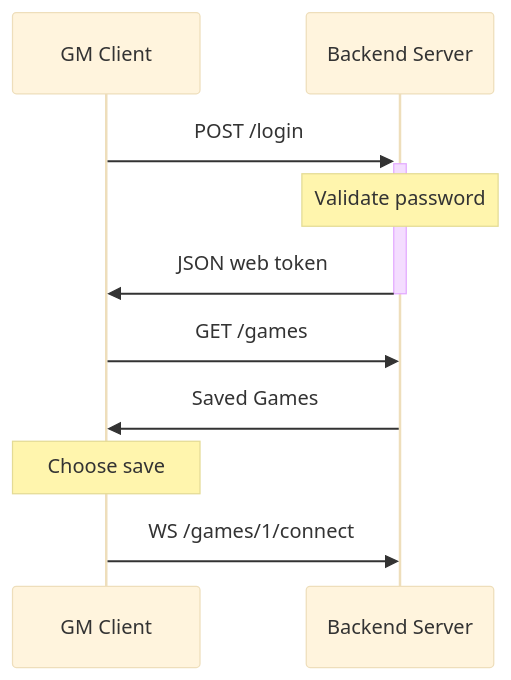
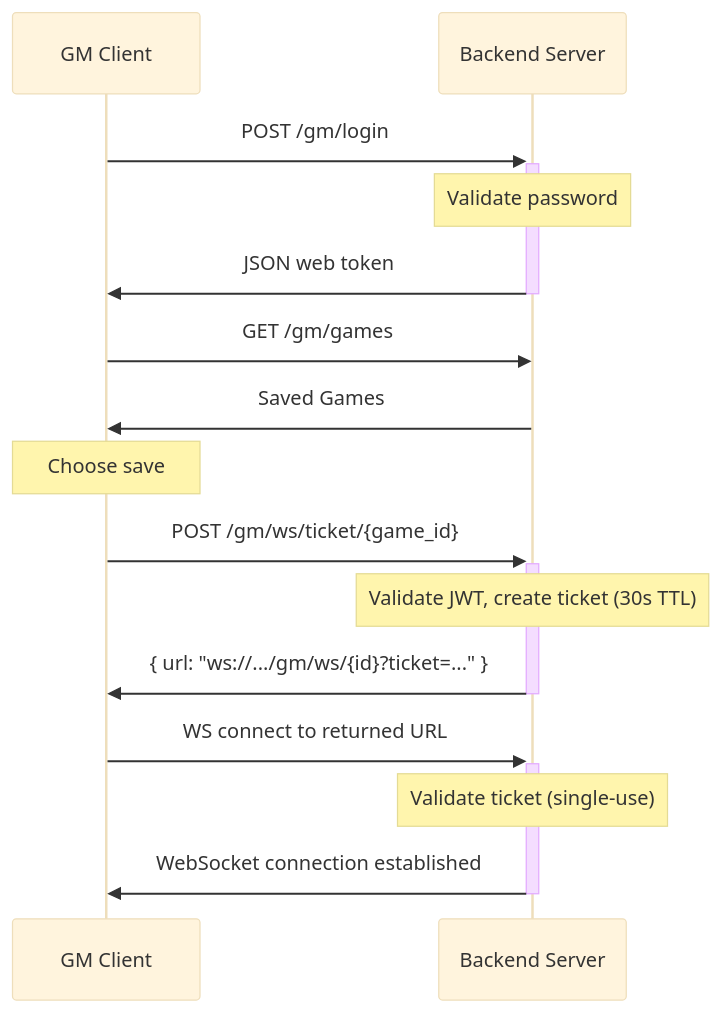
The second of 9 diagrams in docs/ARCHITECTURE.md (jakob-rzeppa/turnkeeper), drawn with Mermaid (base theme) before and after one commit. The commit also changed other lines of this file and 1 other file, not shown here.

````diff
--- a/docs/ARCHITECTURE.md
+++ b/docs/ARCHITECTURE.md
@@ -35,15 +35,21 @@
 ```mermaid
 sequenceDiagram
     participant GM as GM Client
     participant Backend as Backend Server
 
-    GM->>+Backend: POST /login
+    GM->>+Backend: POST /gm/login
     note over Backend: Validate password
     Backend->>-GM: JSON web token
 
-    GM->>Backend: GET /games
+    GM->>Backend: GET /gm/games
     Backend->>GM: Saved Games
     note over GM: Choose save
 
-    GM->>Backend: WS /games/1/connect
+    GM->>+Backend: POST /gm/ws/ticket/{game_id}
+    note over Backend: Validate JWT, create ticket (30s TTL)
+    Backend->>-GM: { url: "ws://.../gm/ws/{id}?ticket=..." }
+
+    GM->>+Backend: WS connect to returned URL
+    note over Backend: Validate ticket (single-use)
+    Backend->>-GM: WebSocket connection established
 ```
````
